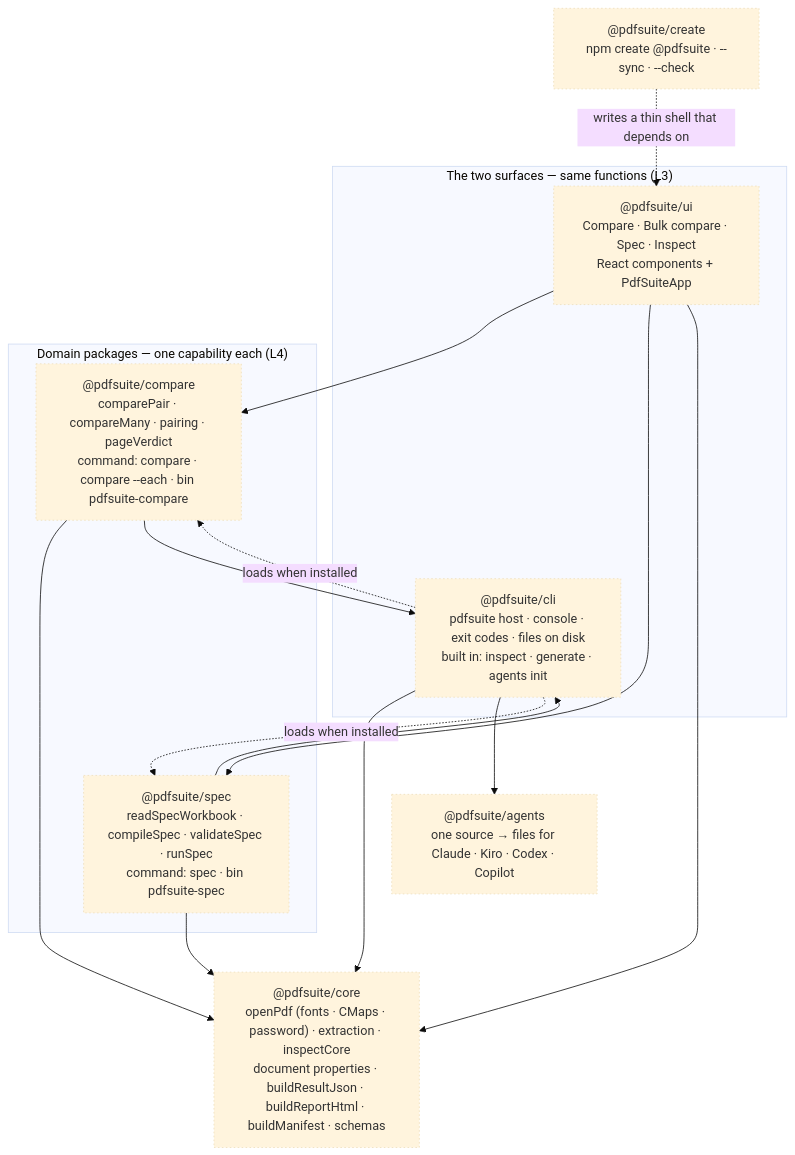
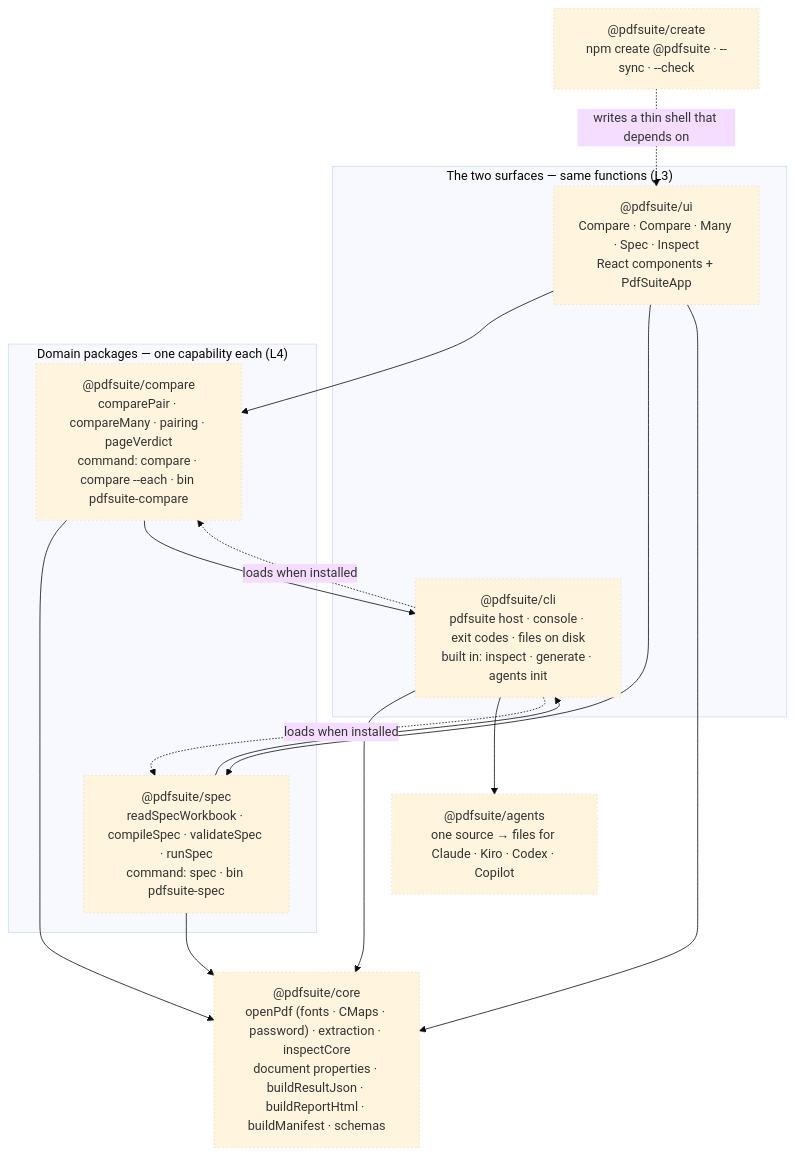
One commit to sid4861/pdf-testing-suite changed diagram 19 of 26 in docs/ARCHITECTURE.md. Above: the diagram before and after it, drawn with Mermaid (base theme). The commit also changed other lines of this file and 68 other files, not shown here.

````diff
--- a/docs/ARCHITECTURE.md
+++ b/docs/ARCHITECTURE.md
@@ -782,22 +794,22 @@
 ```mermaid
 flowchart TB
   classDef plan stroke-dasharray: 2 3
   subgraph SURF["The two surfaces — same functions (L3)"]
-    UI["@pdfsuite/ui<br/>Compare · Bulk compare · Spec · Inspect<br/>React components + PdfSuiteApp"]
+    UI["@pdfsuite/ui<br/>Compare · Compare · Many · Spec · Inspect<br/>React components + PdfSuiteApp"]
     CLI["@pdfsuite/cli<br/>pdfsuite host · console · exit codes · files on disk<br/>built in: inspect · generate · agents init"]
   end
   subgraph DOM["Domain packages — one capability each (L4)"]
     CMP["@pdfsuite/compare<br/>comparePair · compareMany · pairing · pageVerdict<br/>command: compare · compare --each · bin pdfsuite-compare"]
     SPC["@pdfsuite/spec<br/>readSpecWorkbook · compileSpec · validateSpec · runSpec<br/>command: spec · bin pdfsuite-spec"]
   end
   CORE["@pdfsuite/core<br/>openPdf (fonts · CMaps · password) · extraction · inspectCore<br/>document properties · buildResultJson · buildReportHtml · buildManifest · schemas"]
   AG["@pdfsuite/agents<br/>one source → files for Claude · Kiro · Codex · Copilot"]
   CR["@pdfsuite/create<br/>npm create @pdfsuite · --sync · --check"]
   UI --> CMP & SPC & CORE
   CLI --> CORE & AG
   CLI -. "loads when installed" .-> CMP & SPC
   CMP --> CORE & CLI
   SPC --> CORE & CLI
   CR -. "writes a thin shell that depends on" .-> UI
   class UI,CLI,CMP,SPC,CORE,AG,CR plan
 ```
````
